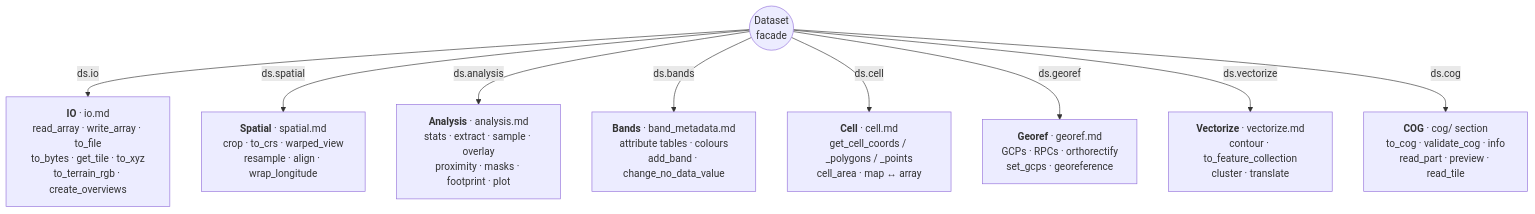
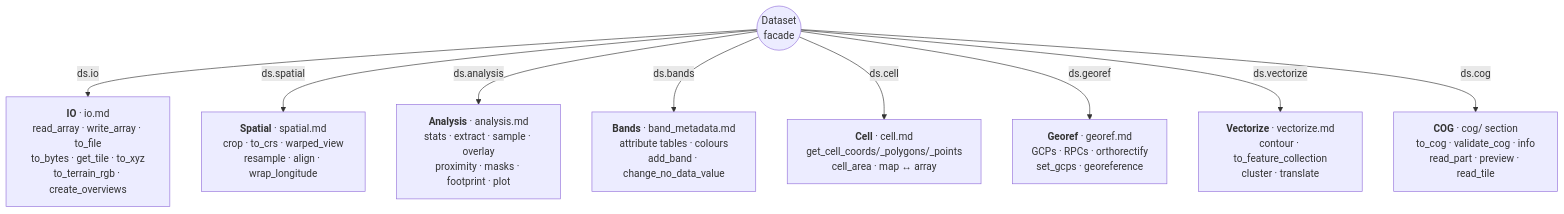
Before and after one commit to serapeum-org/pyramids: the second of 4 diagrams in docs/reference/dataset/index.md, drawn with Mermaid.

Commit message:
docs(dataset): keep the Cell node at 120 characters
The node was already exactly at the limit, so naming `cell_area` in it
went one over. The slashes lose their spaces rather than the entry.

````diff
--- a/docs/reference/dataset/index.md
+++ b/docs/reference/dataset/index.md
@@ -25,12 +25,12 @@
 ```mermaid
 flowchart TB
     DS(("Dataset<br/>facade"))
     DS -->|ds.io| IO["<b>IO</b> · io.md<br/>read_array · write_array · to_file<br/>to_bytes · get_tile · to_xyz<br/>to_terrain_rgb · create_overviews"]
     DS -->|ds.spatial| SP["<b>Spatial</b> · spatial.md<br/>crop · to_crs · warped_view<br/>resample · align · wrap_longitude"]
     DS -->|ds.analysis| AN["<b>Analysis</b> · analysis.md<br/>stats · extract · sample · overlay<br/>proximity · masks · footprint · plot"]
     DS -->|ds.bands| BA["<b>Bands</b> · band_metadata.md<br/>attribute tables · colours<br/>add_band · change_no_data_value"]
-    DS -->|ds.cell| CE["<b>Cell</b> · cell.md<br/>get_cell_coords / _polygons / _points<br/>cell_area · map ↔ array"]
+    DS -->|ds.cell| CE["<b>Cell</b> · cell.md<br/>get_cell_coords/_polygons/_points<br/>cell_area · map ↔ array"]
     DS -->|ds.georef| GE["<b>Georef</b> · georef.md<br/>GCPs · RPCs · orthorectify<br/>set_gcps · georeference"]
     DS -->|ds.vectorize| VE["<b>Vectorize</b> · vectorize.md<br/>contour · to_feature_collection<br/>cluster · translate"]
     DS -->|ds.cog| CG["<b>COG</b> · cog/ section<br/>to_cog · validate_cog · info<br/>read_part · preview · read_tile"]
 ```
````
